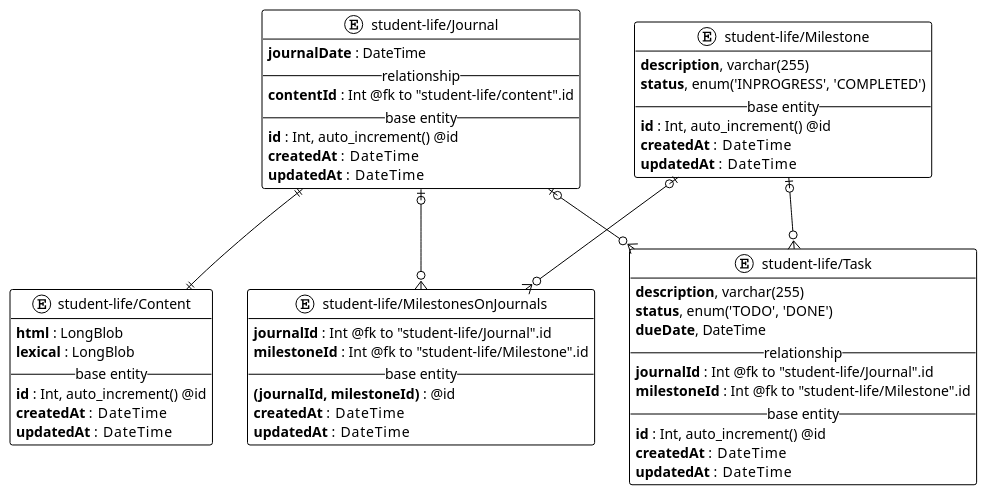
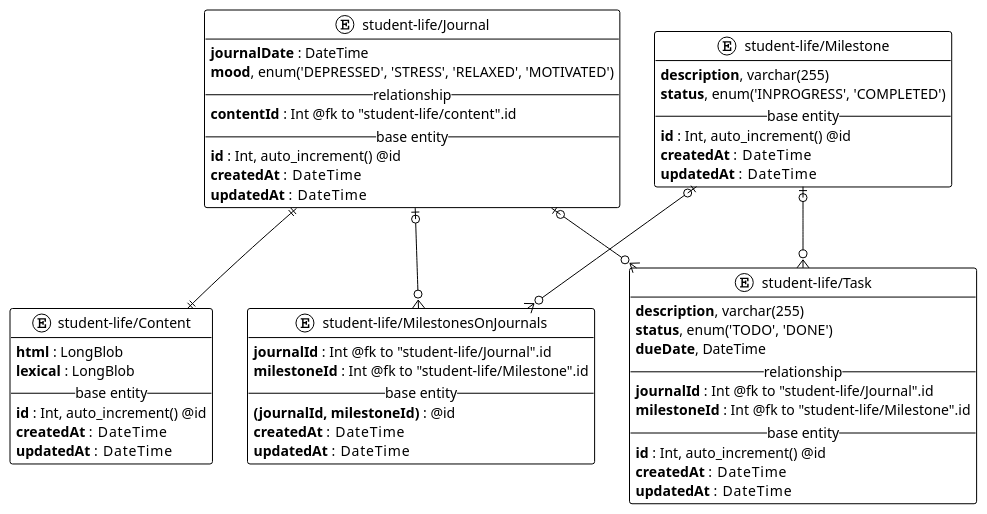
Before and after one commit to uol-student-life/student-life: the diagram in erd.iuml, drawn with PlantUML. The commit also changed 7 other files, not shown here.

Commit message:
mood(schema+api): create / update / remove mood from journal

```diff
--- a/erd.iuml
+++ b/erd.iuml
@@ -1,60 +1,61 @@
 @startuml student-life
 !theme plain
 
 entity "student-life/Journal" {
   **journalDate** : DateTime
+  **mood**, enum('DEPRESSED', 'STRESS', 'RELAXED', 'MOTIVATED')
   -- relationship --
   **contentId** : Int @fk to "student-life/content".id
   -- base entity --
   **id** : Int, auto_increment() @id
   **createdAt** :   DateTime
   **updatedAt** :   DateTime
 }
 
 entity "student-life/Content" {
   **html** : LongBlob
   **lexical** : LongBlob
   -- base entity --
   **id** : Int, auto_increment() @id
   **createdAt** :   DateTime
   **updatedAt** :   DateTime
 }
 
 entity "student-life/Task" {
   **description**, varchar(255)
   **status**, enum('TODO', 'DONE')
   **dueDate**, DateTime
   -- relationship --
   **journalId** : Int @fk to "student-life/Journal".id
   **milestoneId** : Int @fk to "student-life/Milestone".id
   -- base entity --
   **id** : Int, auto_increment() @id
   **createdAt** :   DateTime
   **updatedAt** :   DateTime
 }
 
 entity "student-life/Milestone" {
   **description**, varchar(255)
   **status**, enum('INPROGRESS', 'COMPLETED')
   -- base entity --
   **id** : Int, auto_increment() @id
   **createdAt** :   DateTime
   **updatedAt** :   DateTime
 }
 
 entity "student-life/MilestonesOnJournals" {
   **journalId** : Int @fk to "student-life/Journal".id
   **milestoneId** : Int @fk to "student-life/Milestone".id
   -- base entity --
   **(journalId, milestoneId)** : @id
   **createdAt** :   DateTime
   **updatedAt** :   DateTime
 }
 
 "student-life/Journal" ||--|| "student-life/Content"
 "student-life/Journal" |o--o{ "student-life/Task"
 "student-life/Milestone" |o--o{ "student-life/Task"
 "student-life/Journal" |o--o{ "student-life/MilestonesOnJournals"
 "student-life/Milestone" |o--o{ "student-life/MilestonesOnJournals"
 
 @enduml
```
